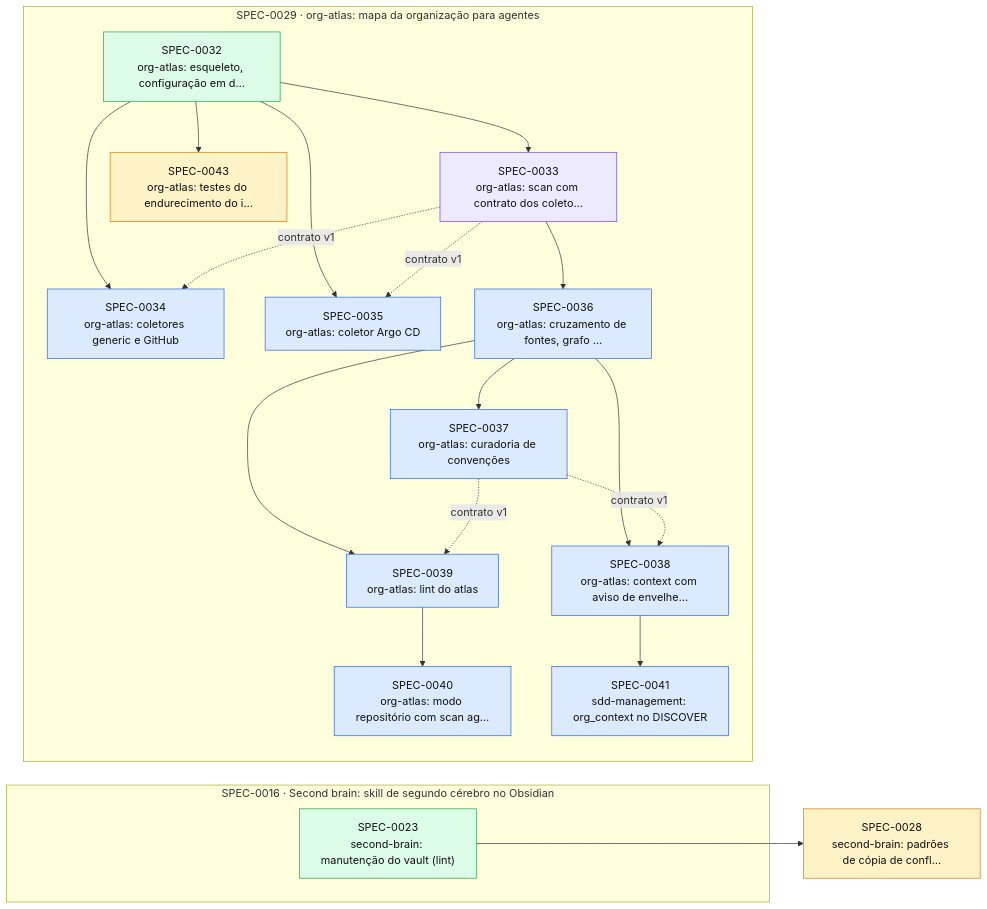
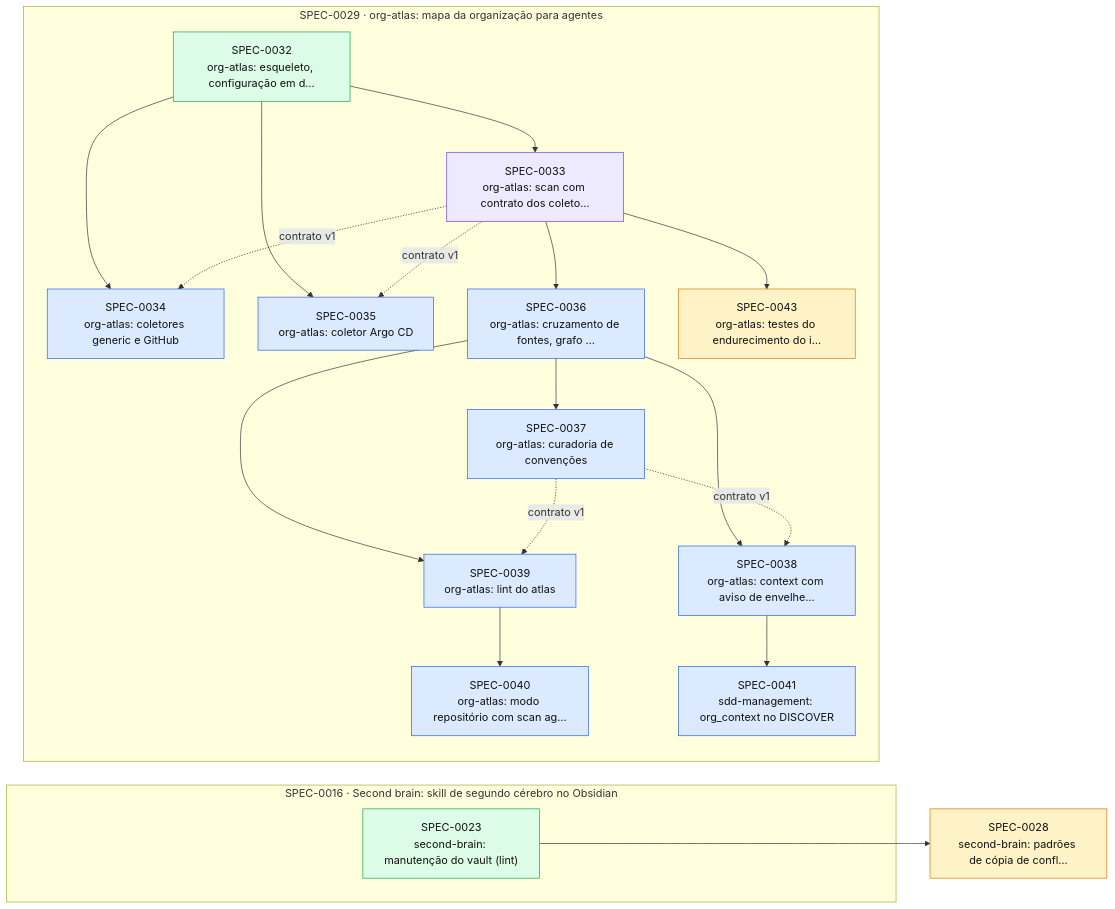
Before and after one commit to thomasravache/ai-dev-brain: the diagram in docs/specs/INDEX.md, drawn with Mermaid. The commit also changed other lines of this file and 2 other files, not shown here.

````diff
--- a/docs/specs/INDEX.md
+++ b/docs/specs/INDEX.md
@@ -58,40 +58,40 @@
 ```mermaid
 flowchart LR
   S0028["SPEC-0028<br/>second-brain: padrões de cópia de confl…"]:::proposed
   subgraph E0016["SPEC-0016 · Second brain: skill de segundo cérebro no Obsidian"]
     S0023["SPEC-0023<br/>second-brain: manutenção do vault (lint)"]:::implemented
   end
   subgraph E0029["SPEC-0029 · org-atlas: mapa da organização para agentes"]
     S0032["SPEC-0032<br/>org-atlas: esqueleto, configuração em d…"]:::implemented
     S0033["SPEC-0033<br/>org-atlas: scan com contrato dos coleto…"]:::inprogress
     S0034["SPEC-0034<br/>org-atlas: coletores generic e GitHub"]:::approved
     S0035["SPEC-0035<br/>org-atlas: coletor Argo CD"]:::approved
     S0036["SPEC-0036<br/>org-atlas: cruzamento de fontes, grafo …"]:::approved
     S0037["SPEC-0037<br/>org-atlas: curadoria de convenções"]:::approved
     S0038["SPEC-0038<br/>org-atlas: context com aviso de envelhe…"]:::approved
     S0039["SPEC-0039<br/>org-atlas: lint do atlas"]:::approved
     S0040["SPEC-0040<br/>org-atlas: modo repositório com scan ag…"]:::approved
     S0041["SPEC-0041<br/>sdd-management: org_context no DISCOVER"]:::approved
     S0043["SPEC-0043<br/>org-atlas: testes do endurecimento do i…"]:::proposed
   end
   S0023 --> S0028
   S0032 --> S0033
   S0032 --> S0034
   S0033 -. contrato v1 .-> S0034
   S0032 --> S0035
   S0033 -. contrato v1 .-> S0035
   S0033 --> S0036
   S0036 --> S0037
   S0036 --> S0038
   S0037 -. contrato v1 .-> S0038
   S0036 --> S0039
   S0037 -. contrato v1 .-> S0039
   S0039 --> S0040
   S0038 --> S0041
-  S0032 --> S0043
+  S0033 --> S0043
   classDef proposed fill:#fef3c7,stroke:#d97706,color:#111
   classDef approved fill:#dbeafe,stroke:#2563eb,color:#111
   classDef inprogress fill:#ede9fe,stroke:#7c3aed,color:#111
   classDef implemented fill:#dcfce7,stroke:#16a34a,color:#111
   classDef deprecated fill:#f3f4f6,stroke:#9ca3af,color:#6b7280
 ```
````
